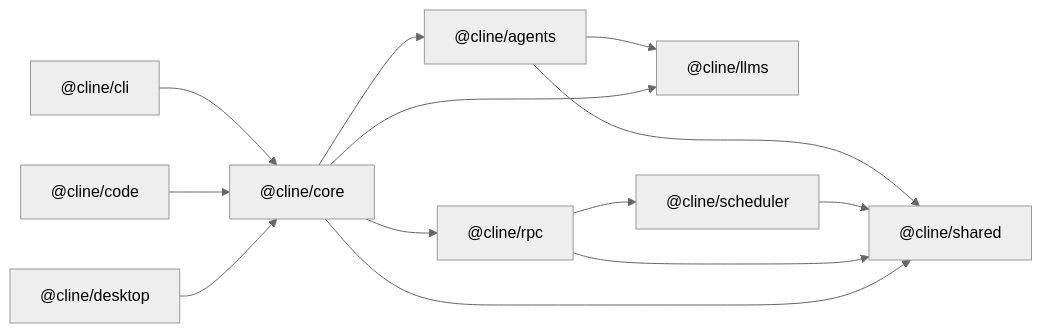
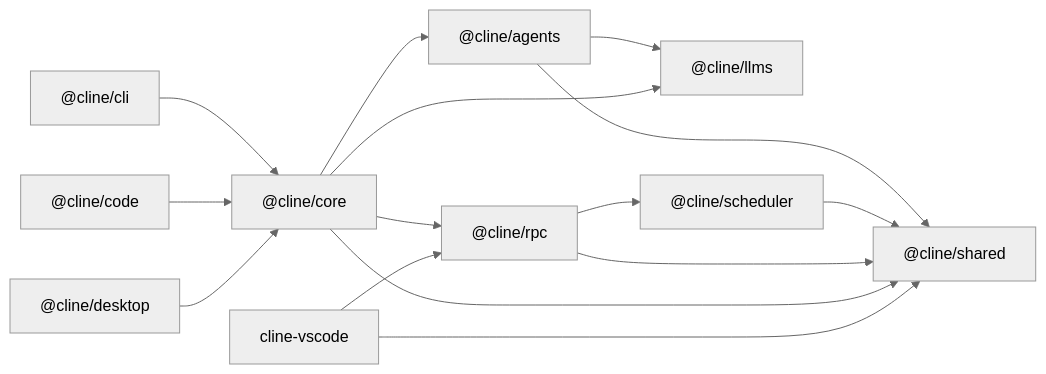
One commit to Dastan-Prince/cline-cn changed the diagram in sdk/AGENTS.md. Above: the diagram before and after it, drawn with Mermaid (neutral theme). The commit also changed other lines of this file and 12 other files, not shown here.

````diff
--- a/sdk/AGENTS.md
+++ b/sdk/AGENTS.md
@@ -36,25 +37,28 @@
 ```mermaid
 flowchart LR
   shared["@cline/shared"]
   llms["@cline/llms"]
   scheduler["@cline/scheduler"]
   agents["@cline/agents"]
   rpc["@cline/rpc"]
   core["@cline/core"]
   cli["@cline/cli"]
   code["@cline/code"]
   desktop["@cline/desktop"]
+  vscode["cline-vscode"]
 
   agents --> llms
   agents --> shared
   scheduler --> shared
   rpc --> scheduler
   rpc --> shared
   core --> agents
   core --> llms
   core --> rpc
   core --> shared
   cli --> core
   code --> core
   desktop --> core
+  vscode --> rpc
+  vscode --> shared
 ```
````
